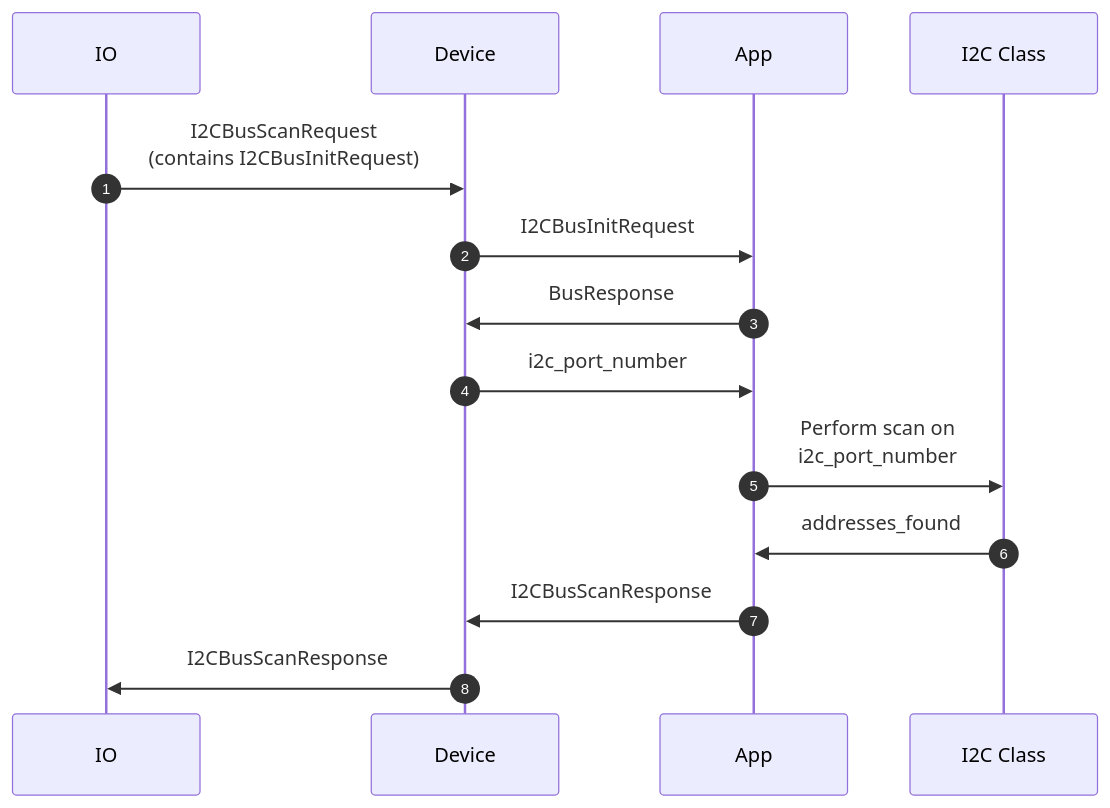
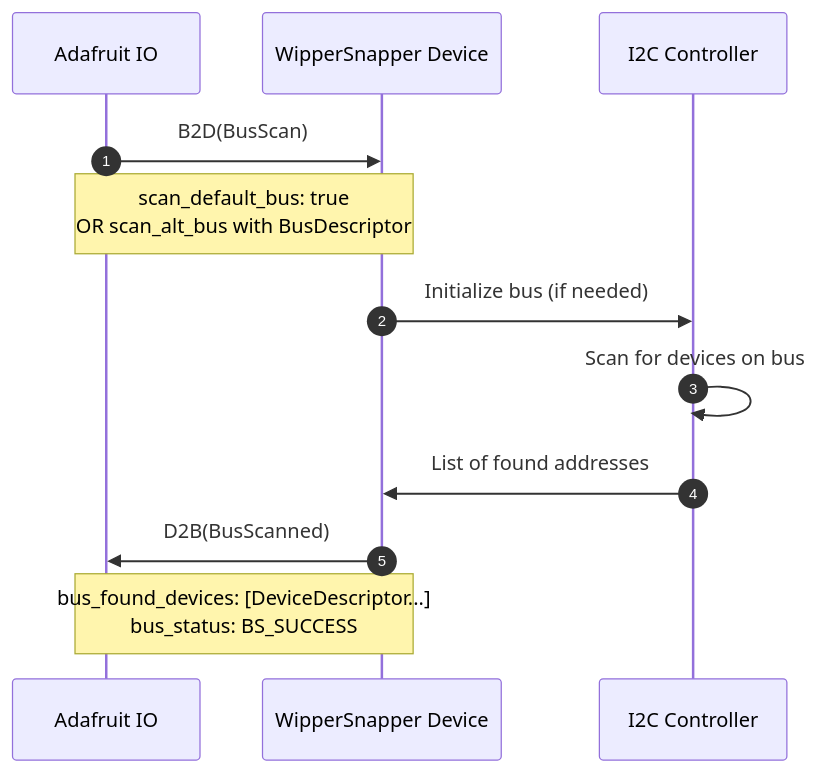
Before and after one commit to adafruit/Wippersnapper_Protobuf: the first of 5 diagrams in proto/wippersnapper/docs/i2c.md, drawn with Mermaid. The commit also changed other lines of this file and 4 other files, not shown here.

Commit message:
Add v2 docs / update mermaid diagrams

````diff
--- a/proto/wippersnapper/docs/i2c.md
+++ b/proto/wippersnapper/docs/i2c.md
@@ -21,13 +67,17 @@
 ```mermaid
 sequenceDiagram
 autonumber
+participant IO as Adafruit IO
+participant Device as WipperSnapper Device
+participant I2C as I2C Controller
 
-IO->>Device: I2CBusScanRequest<br>(contains I2CBusInitRequest)
-Device->>App: I2CBusInitRequest
-App->>Device: BusResponse
-Device->>App: i2c_port_number
-App->>I2C Class: Perform scan on<br>i2c_port_number 
-I2C Class->>App: addresses_found
-App->>Device: I2CBusScanResponse
-Device->>IO: I2CBusScanResponse
+IO->>Device: B2D(BusScan)
+Note over IO,Device: scan_default_bus: true<br/>OR scan_alt_bus with BusDescriptor
+
+Device->>I2C: Initialize bus (if needed)
+I2C->>I2C: Scan for devices on bus
+
+I2C->>Device: List of found addresses
+Device->>IO: D2B(BusScanned)
+Note over Device,IO: bus_found_devices: [DeviceDescriptor...]<br/>bus_status: BS_SUCCESS
 ```
````
